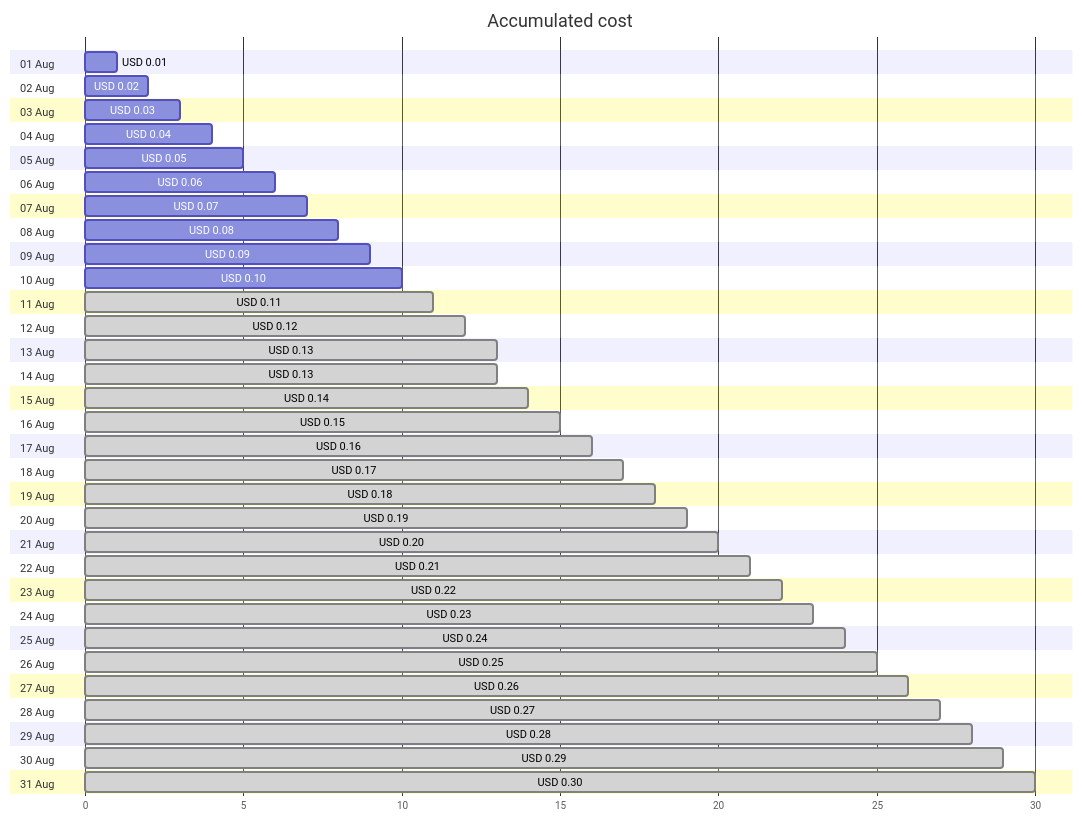
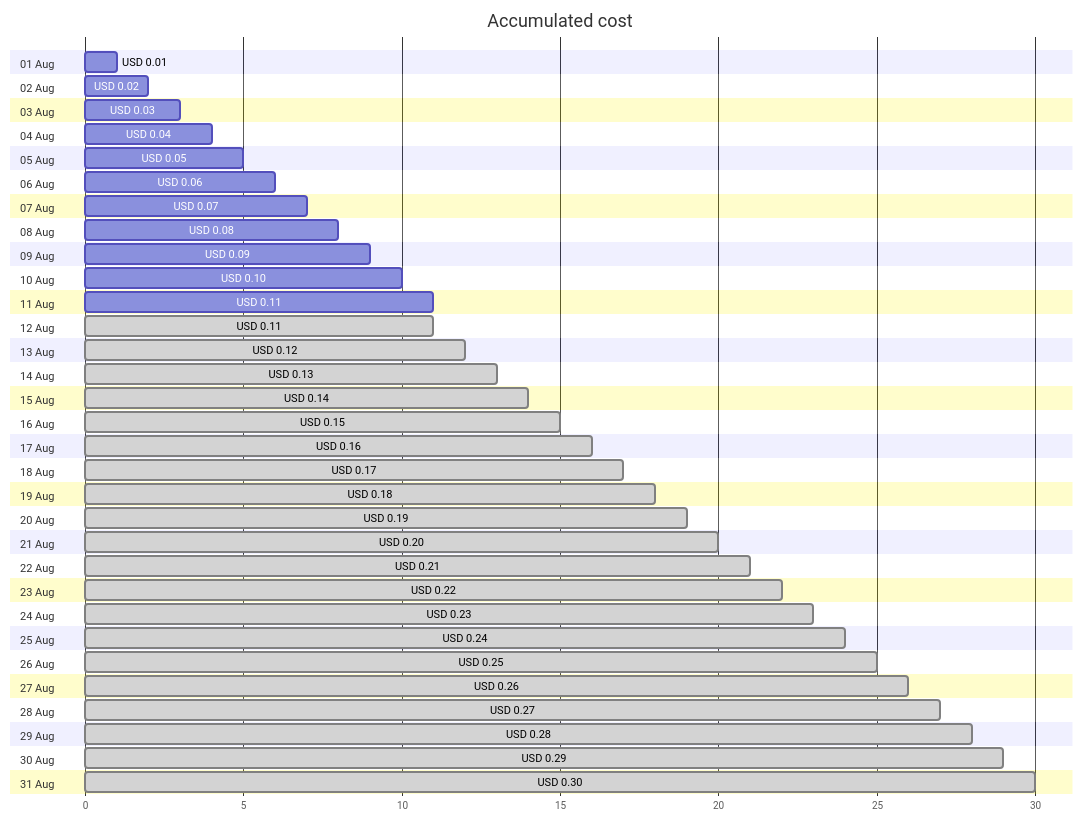
One commit to jpfulton/azure-personal-reports changed the first of 4 diagrams in cost-reports/cloud-shell-storage-eastus/cs2100300008c8d894b.md. Above: the diagram before and after it, drawn with Mermaid. The commit also changed other lines of this file and 1 other file, not shown here.

````diff
--- a/cost-reports/cloud-shell-storage-eastus/cs2100300008c8d894b.md
+++ b/cost-reports/cloud-shell-storage-eastus/cs2100300008c8d894b.md
@@ -20,68 +20,68 @@
 ```mermaid
 gantt
    title Accumulated cost
    dateFormat  X
    axisFormat %s
    section 01 Aug
    USD 0.01 :0, 1
    section 02 Aug
    USD 0.02 :0, 2
    section 03 Aug
    USD 0.03 :0, 3
    section 04 Aug
    USD 0.04 :0, 4
    section 05 Aug
    USD 0.05 :0, 5
    section 06 Aug
    USD 0.06 :0, 6
    section 07 Aug
    USD 0.07 :0, 7
    section 08 Aug
    USD 0.08 :0, 8
    section 09 Aug
    USD 0.09 :0, 9
    section 10 Aug
    USD 0.10 :0, 10
    section 11 Aug
+   USD 0.11 :0, 11
+   section 12 Aug
    USD 0.11 : done, 0, 11
-   section 12 Aug
+   section 13 Aug
    USD 0.12 : done, 0, 12
-   section 13 Aug
-   USD 0.13 : done, 0, 13
    section 14 Aug
    USD 0.13 : done, 0, 13
    section 15 Aug
    USD 0.14 : done, 0, 14
    section 16 Aug
    USD 0.15 : done, 0, 15
    section 17 Aug
    USD 0.16 : done, 0, 16
    section 18 Aug
    USD 0.17 : done, 0, 17
    section 19 Aug
    USD 0.18 : done, 0, 18
    section 20 Aug
    USD 0.19 : done, 0, 19
    section 21 Aug
    USD 0.20 : done, 0, 20
    section 22 Aug
    USD 0.21 : done, 0, 21
    section 23 Aug
    USD 0.22 : done, 0, 22
    section 24 Aug
    USD 0.23 : done, 0, 23
    section 25 Aug
    USD 0.24 : done, 0, 24
    section 26 Aug
    USD 0.25 : done, 0, 25
    section 27 Aug
    USD 0.26 : done, 0, 26
    section 28 Aug
    USD 0.27 : done, 0, 27
    section 29 Aug
    USD 0.28 : done, 0, 28
    section 30 Aug
    USD 0.29 : done, 0, 29
    section 31 Aug
    USD 0.30 : done, 0, 30
 ```
````
